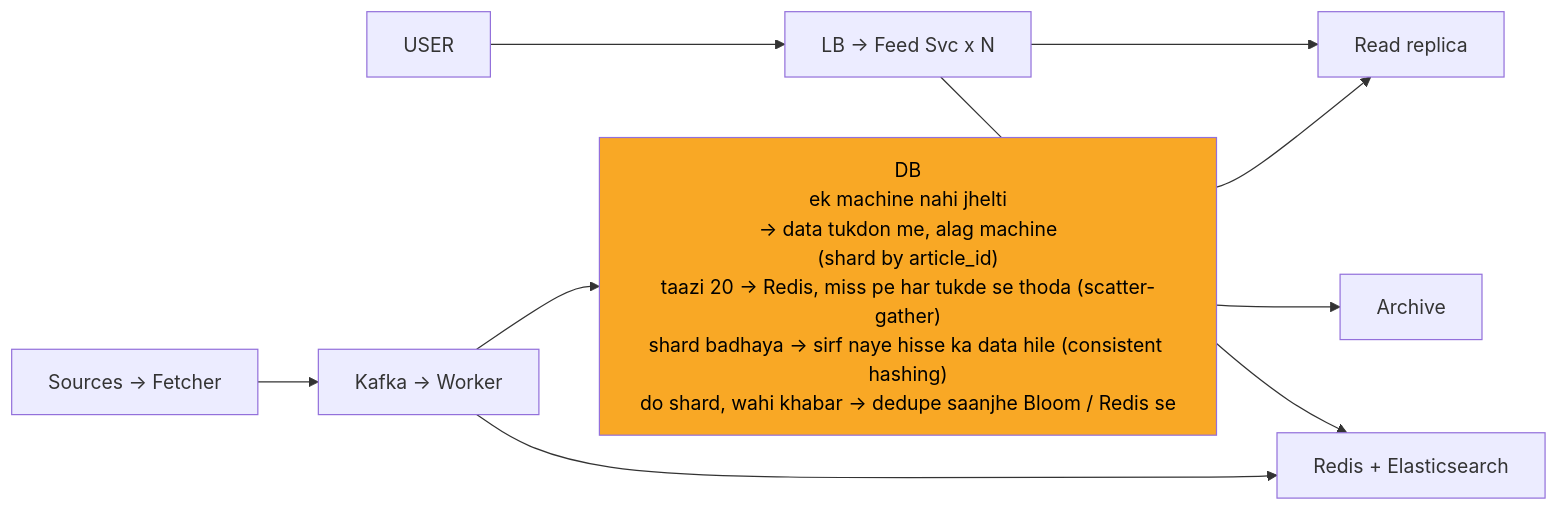
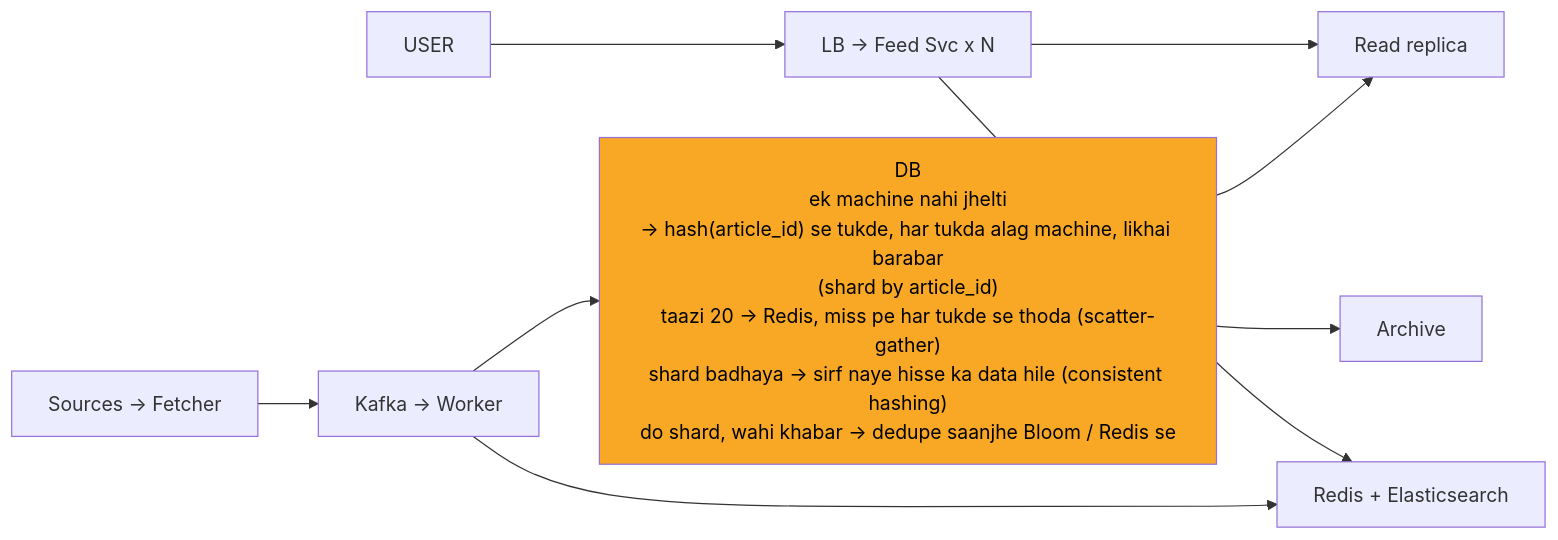
The tenth of 11 diagrams in 04_HLD/SYSTEM_DESIGNS/08_news_aggregator/08_news_aggregator_INTERVIEW.md (ArpanMaheshwari144/Prep), drawn with Mermaid before and after one commit. The commit also changed other lines of this file and 13 other files, not shown here.

````diff
--- a/04_HLD/SYSTEM_DESIGNS/08_news_aggregator/08_news_aggregator_INTERVIEW.md
+++ b/04_HLD/SYSTEM_DESIGNS/08_news_aggregator/08_news_aggregator_INTERVIEW.md
@@ -386,21 +390,21 @@
 ```mermaid
 %%{init: {"flowchart": {"wrappingWidth": 450}}}%%
 flowchart LR
     n_USER["USER"]
     n_LF["LB -> Feed Svc x N"]
     n_RES["Redis + Elasticsearch"]
     n_Read_replica["Read replica"]
-    n_DB["DB<br/>ek machine nahi jhelti<br/>-> data tukdon me, alag machine<br/>(shard by article_id)<br/>taazi 20 -> Redis, miss pe har tukde se thoda (scatter-gather)<br/>shard badhaya -> sirf naye hisse ka data hile (consistent hashing)<br/>do shard, wahi khabar -> dedupe saanjhe Bloom / Redis se"]
+    n_DB["DB<br/>ek machine nahi jhelti<br/>-> hash(article_id) se tukde, har tukda alag machine, likhai barabar<br/>(shard by article_id)<br/>taazi 20 -> Redis, miss pe har tukde se thoda (scatter-gather)<br/>shard badhaya -> sirf naye hisse ka data hile (consistent hashing)<br/>do shard, wahi khabar -> dedupe saanjhe Bloom / Redis se"]
     n_Archive["Archive"]
     n_KW["Kafka -> Worker"]
     n_SF["Sources -> Fetcher"]
     n_USER --> n_LF
     n_LF --> n_RES
     n_LF --> n_Read_replica
     n_DB --> n_Read_replica
     n_DB --> n_Archive
     n_KW --> n_DB
     n_KW --> n_RES
     n_SF --> n_KW
     style n_DB fill:#f9a825,color:#000
 ```
````
